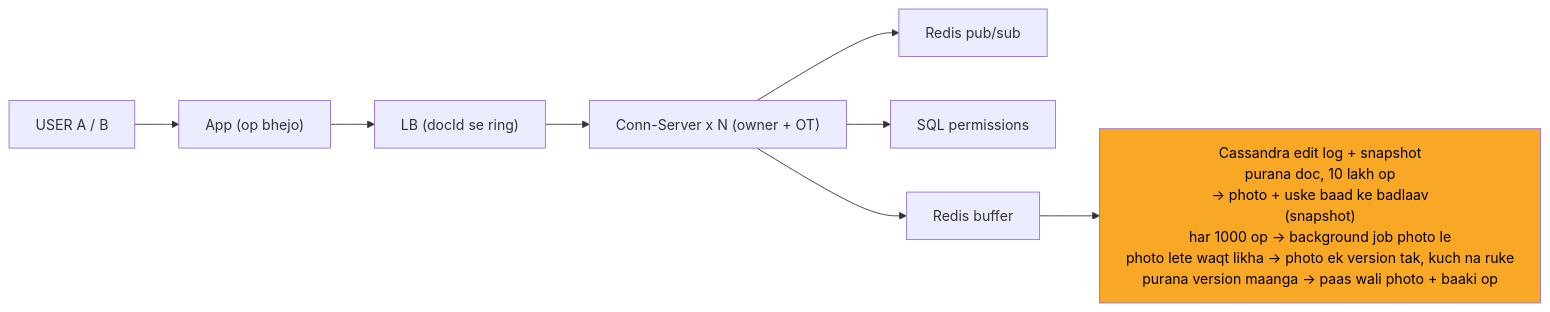
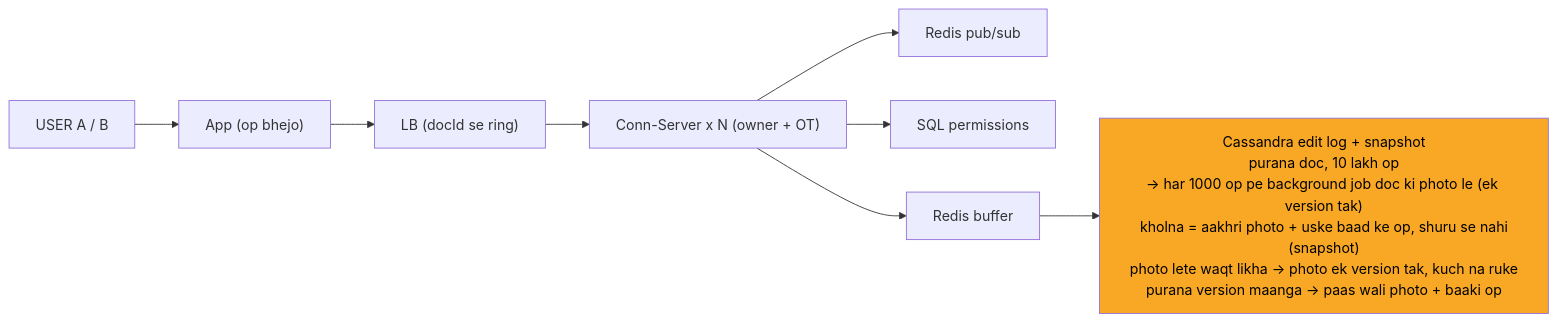
One commit to ArpanMaheshwari144/Prep changed the ninth of 10 diagrams in 04_HLD/SYSTEM_DESIGNS/11_google_docs_collab/11_google_docs_collab.md. Above: the diagram before and after it, drawn with Mermaid. The commit also changed other lines of this file and 13 other files, not shown here.

````diff
--- a/04_HLD/SYSTEM_DESIGNS/11_google_docs_collab/11_google_docs_collab.md
+++ b/04_HLD/SYSTEM_DESIGNS/11_google_docs_collab/11_google_docs_collab.md
@@ -341,20 +341,20 @@
 ```mermaid
 %%{init: {"flowchart": {"wrappingWidth": 450}}}%%
 flowchart LR
     n_USER["USER A / B"]
     n_App["App (op bhejo)"]
     n_LB["LB (docId se ring)"]
     n_Conn_Server_xN["Conn-Server x N (owner + OT)"]
     n_PS["Redis pub/sub"]
     n_SQL["SQL permissions"]
     n_BUF["Redis buffer"]
-    n_CAS["Cassandra edit log + snapshot<br/>purana doc, 10 lakh op<br/>-> photo + uske baad ke badlaav<br/>(snapshot)<br/>har 1000 op -> background job photo le<br/>photo lete waqt likha -> photo ek version tak, kuch na ruke<br/>purana version maanga -> paas wali photo + baaki op"]
+    n_CAS["Cassandra edit log + snapshot<br/>purana doc, 10 lakh op<br/>-> har 1000 op pe background job doc ki photo le (ek version tak)<br/>kholna = aakhri photo + uske baad ke op, shuru se nahi<br/>(snapshot)<br/>photo lete waqt likha -> photo ek version tak, kuch na ruke<br/>purana version maanga -> paas wali photo + baaki op"]
     n_USER --> n_App
     n_App --> n_LB
     n_LB --> n_Conn_Server_xN
     n_Conn_Server_xN --> n_PS
     n_Conn_Server_xN --> n_BUF
     n_Conn_Server_xN --> n_SQL
     n_BUF --> n_CAS
     style n_CAS fill:#f9a825,color:#000
 ```
````
